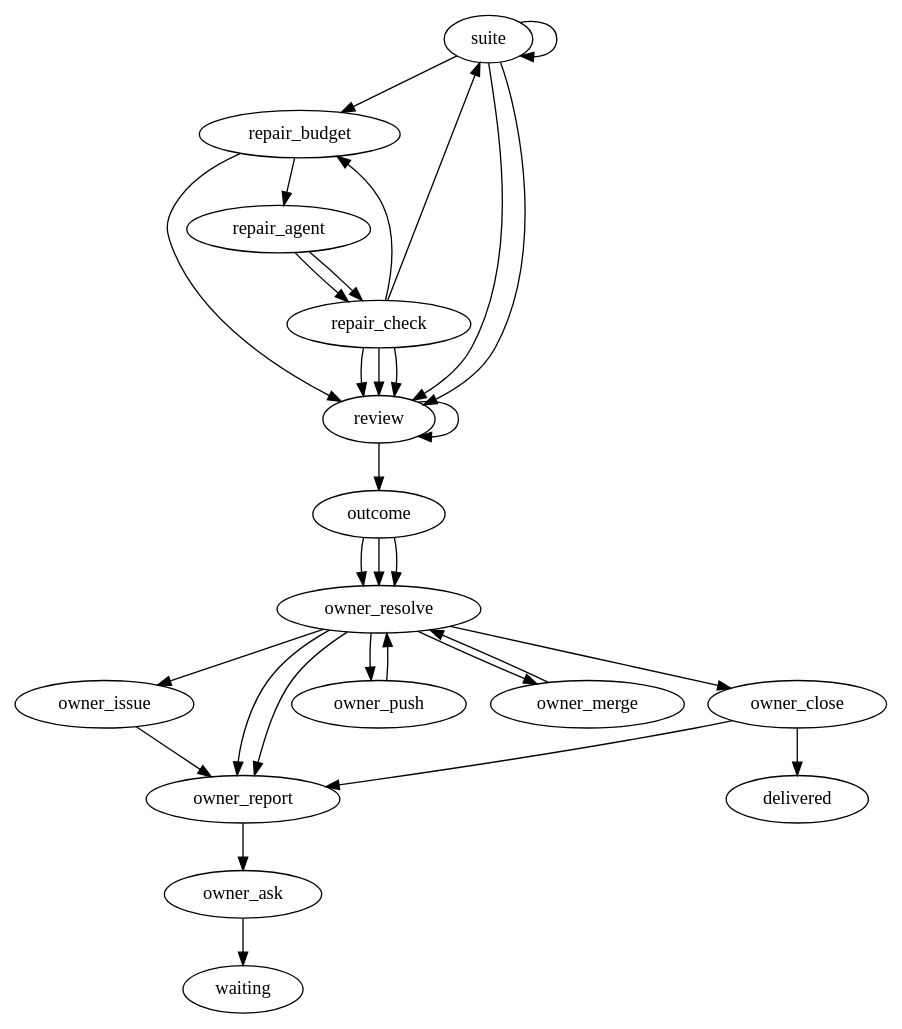
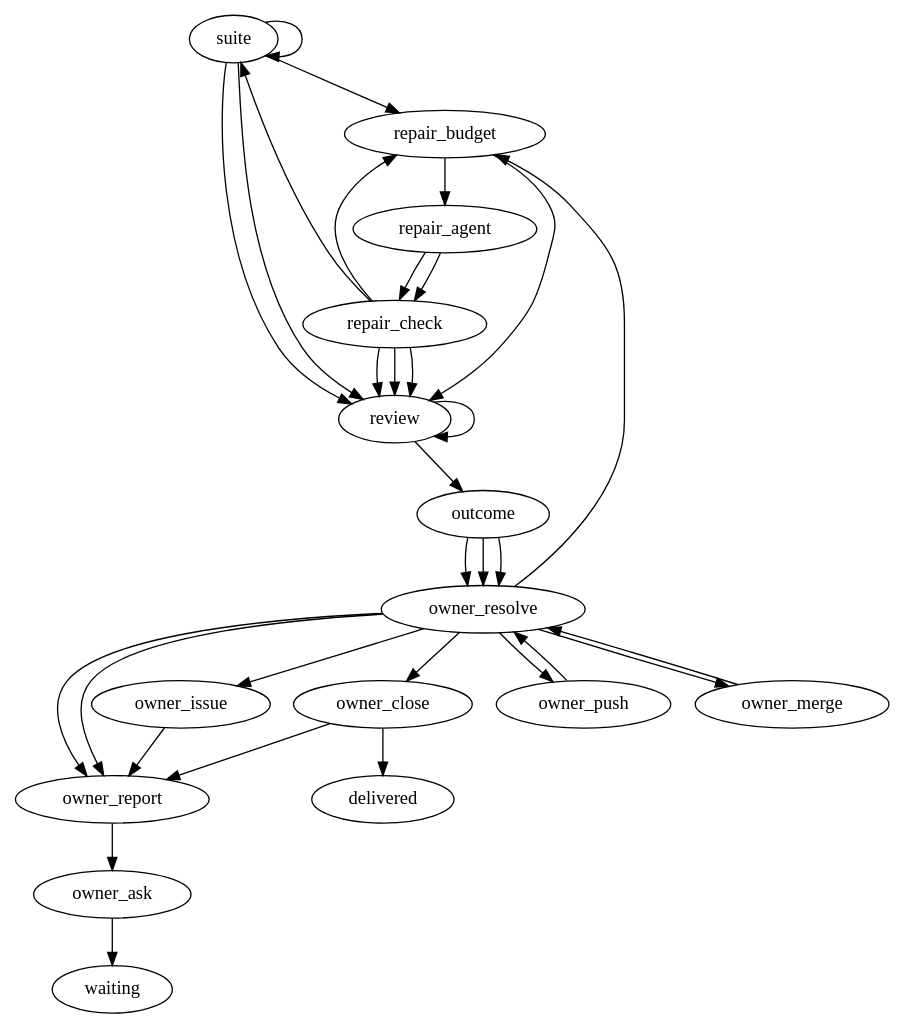
Before and after one commit to marioatcloudvane/litefactory: the diagram in internal/teamsource/python-fastapi/validate/validate.dot, drawn with Graphviz. The commit also changed 531 other files, not shown here.

```diff
--- a/internal/teamsource/python-fastapi/validate/validate.dot
+++ b/internal/teamsource/python-fastapi/validate/validate.dot
@@ -1,115 +1,126 @@
 // Validate checks the code a story branch holds. The factory first runs the full
 // suite on one exact commit. A passed suite goes straight to review. A failed
 // suite gets at most two repair rounds from one write-access agent; the factory
 // measures what the agent really changed, keeps a small change as a new commit
 // and runs the suite on it again, and rejects a change over the limits. Three
 // read-only reviewers then assess the final tested commit side by side. The run
 // ends in one of three ends: assessed, handed back to Implement, or blocked.
 //
 // This file is the only place the flow lives. Order, branches, the repair bound,
 // the time budget, the measured limits and the reviewers are all declared here.
 // Go supplies steps; it never picks the next step.
 //
 // After the outcome the owner side begins. The run resolves the owner's reply,
 // refreshes the one report comment and waits for the owner through the existing
 // graph wait; the owner's reply re-enters the resolve step. Every remote effect
 // (follow-up issue, push with pull request, merge, close) is its own step and is
 // reached only from the owner's own command, so one confirmation never implies
 // the next, except the explicit /validate-ship: push and merge return to the
 // resolve step, which carries a ship command on push -> merge -> close until a
 // step fails or delivery ends, and returns to the owner wait after any other
 // command. The run succeeds only after the close step has closed the accepted
 // issues, and the resolve loop is bounded by its lf_limit.
+//
+// The owner may choose repair for a finding. Once every blocking finding of the
+// tested commit has a choice, the repair reply starts one repair round for all
+// findings chosen for repair, through the same repair nodes and within the same
+// two-round bound as a failed suite. A kept repair is a new commit, so the suite
+// and the reviewers run again on it; a rejected or spent repair returns to the
+// owner report with its reason. Pending owner checks do not hold the round back.
 //
 // The repair bound is two rounds. Every round is counted from the moment it
 // starts, so a round that times out or is interrupted is used. The time budget
 // is in agent minutes and does not include the time the suite runs. The limits
 // of one repair are the number of files and the kinds of change that are not
 // allowed: package layout, dependencies, schema, public API, a deleted or
 // skipped test and a changed acceptance criterion.
 //
 // Every path to an end passes through review, so a failed or blocked suite still
 // gets static findings. The outcome step decides the end from the recorded
 // facts: a passed suite ends assessed, a suite that still fails ends handed back
 // with what Implement must change, and a suite that could not give a trustworthy
 // answer ends blocked with its reason. Nothing here accepts or approves.
 digraph validate {
  graph [team="python-fastapi", mode="validate", profile_version="1", start="suite"];
 
  // ---- Test the commit ---------------------------------------------------------
  // A finished result for the commit is reused as it is. The suite runs again
  // only on a new commit made by a kept repair.
  suite [lf_action="lf_validate_suite", lf_outcomes="passed,failed,blocked,retry", lf_limit="16"];
 
  // ---- Repair loop (at most two rounds) ---------------------------------------
  repair_budget [lf_action="lf_validate_repair_budget", lf_outcomes="run,spent", lf_rounds="2", lf_suite="suite", lf_limit="6"];
  repair_agent  [lf_action="lf_agent", lf_outcomes="success,failed", lf_agent_markdown="validate-repair", lf_skills="validate-repair-report,team-guidance", lf_access="write", lf_budget="15", lf_limit="2"];
  repair_check  [lf_action="lf_validate_repair_check", lf_outcomes="kept,too_big,handback,unfinished,blocked", lf_max_files="3", lf_forbid="package,dependency,schema,api,tests,criteria", lf_source="repair_agent", lf_suite="suite", lf_limit="4"];
 
  // ---- Review the final tested commit (read-only, side by side) ----------------
  review [lf_action="lf_validate_review", lf_outcomes="done,retry", lf_roles="validate-acceptance,validate-code,validate-architecture", lf_skills="validate-review,team-guidance", lf_suite="suite", lf_limit="32"];
 
  // ---- Join the findings and record the end -------------------------------------
- outcome [lf_action="lf_validate_outcome", lf_outcomes="assessed,handed_back,blocked", lf_suite="suite", lf_limit="2"];
+ // It is reached once for the first end and once more after each owner repair
+ // round and after a spent repair budget; on an unchanged commit it reuses the
+ // recorded end.
+ outcome [lf_action="lf_validate_outcome", lf_outcomes="assessed,handed_back,blocked", lf_suite="suite", lf_limit="4"];
 
  // ---- Owner resolution ----------------------------------------------------------
  // The loop limit is lf_limit on resolve. When it runs out the run stops and
  // nothing is approved, because every effect needs a command inside the loop.
- owner_resolve [lf_action="lf_validate_resolve", lf_outcomes="wait,create_issue,push,merge,close,stale", lf_suite="suite", lf_limit="24"];
+ owner_resolve [lf_action="lf_validate_resolve", lf_outcomes="wait,create_issue,push,merge,close,stale,repair", lf_suite="suite", lf_limit="24"];
  owner_report  [lf_action="lf_validate_report", lf_outcomes="done", lf_limit="64"];
  owner_ask     [lf_action="lf_validate_ask", lf_outcomes="published", lf_source="owner_resolve", lf_limit="32"];
  owner_issue   [lf_action="lf_validate_issue", lf_outcomes="done", lf_limit="24"];
  owner_push    [lf_action="lf_validate_push", lf_outcomes="done", lf_limit="8"];
  owner_merge   [lf_action="lf_validate_merge", lf_outcomes="done", lf_limit="8"];
  owner_close   [lf_action="lf_validate_close", lf_outcomes="closed,open", lf_limit="8"];
 
  // ---- Ends ------------------------------------------------------------------------
  // waiting rests on the owner; delivered is reached only from a closed close.
  waiting   [lf_terminal="true"];
  delivered [lf_terminal="true"];
 
  // A passed suite needs no repair; a blocked one is not a code failure, so it is
  // not repaired either. A failed suite starts a repair round.
  suite -> review        [lf_on="passed"];
  suite -> repair_budget [lf_on="failed"];
  suite -> review        [lf_on="blocked"];
  suite -> suite         [lf_on="retry"];
 
  // One round: start it (this settles any round a restart left behind), run the
  // agent, measure the real change. A kept change is a new commit and is tested
  // again. A change that is too big, a diagnosis that is a handback and a round
  // that cannot be measured go to review. A round that did not finish, such as a
  // timeout, is used up; the budget decides whether another round may start.
  repair_budget -> repair_agent  [lf_on="run"];
  repair_budget -> review        [lf_on="spent"];
  repair_agent  -> repair_check  [lf_on="success"];
  repair_agent  -> repair_check  [lf_on="failed"];
  repair_check  -> suite         [lf_on="kept"];
  repair_check  -> review        [lf_on="too_big"];
  repair_check  -> review        [lf_on="handback"];
  repair_check  -> repair_budget [lf_on="unfinished"];
  repair_check  -> review        [lf_on="blocked"];
 
  review  -> outcome [lf_on="done"];
  review  -> review  [lf_on="retry"];
 
  // Every end goes to the owner: an assessed run asks what to do with the
  // findings, a handed back or blocked one shows why and what is open.
  outcome -> owner_resolve [lf_on="assessed"];
  outcome -> owner_resolve [lf_on="handed_back"];
  outcome -> owner_resolve [lf_on="blocked"];
 
  owner_resolve -> owner_report       [lf_on="wait"];
  owner_resolve -> owner_report       [lf_on="stale"];
  owner_resolve -> owner_issue        [lf_on="create_issue"];
+ owner_resolve -> repair_budget      [lf_on="repair"];
  owner_resolve -> owner_push         [lf_on="push"];
  owner_resolve -> owner_merge        [lf_on="merge"];
  owner_resolve -> owner_close        [lf_on="close"];
  owner_issue -> owner_report       [lf_on="done"];
  owner_push -> owner_resolve      [lf_on="done"];
  owner_merge -> owner_resolve      [lf_on="done"];
  owner_close -> delivered    [lf_on="closed"];
  owner_close -> owner_report       [lf_on="open"];
  owner_report -> owner_ask          [lf_on="done"];
  owner_ask -> waiting      [lf_on="published"];
 }
```
